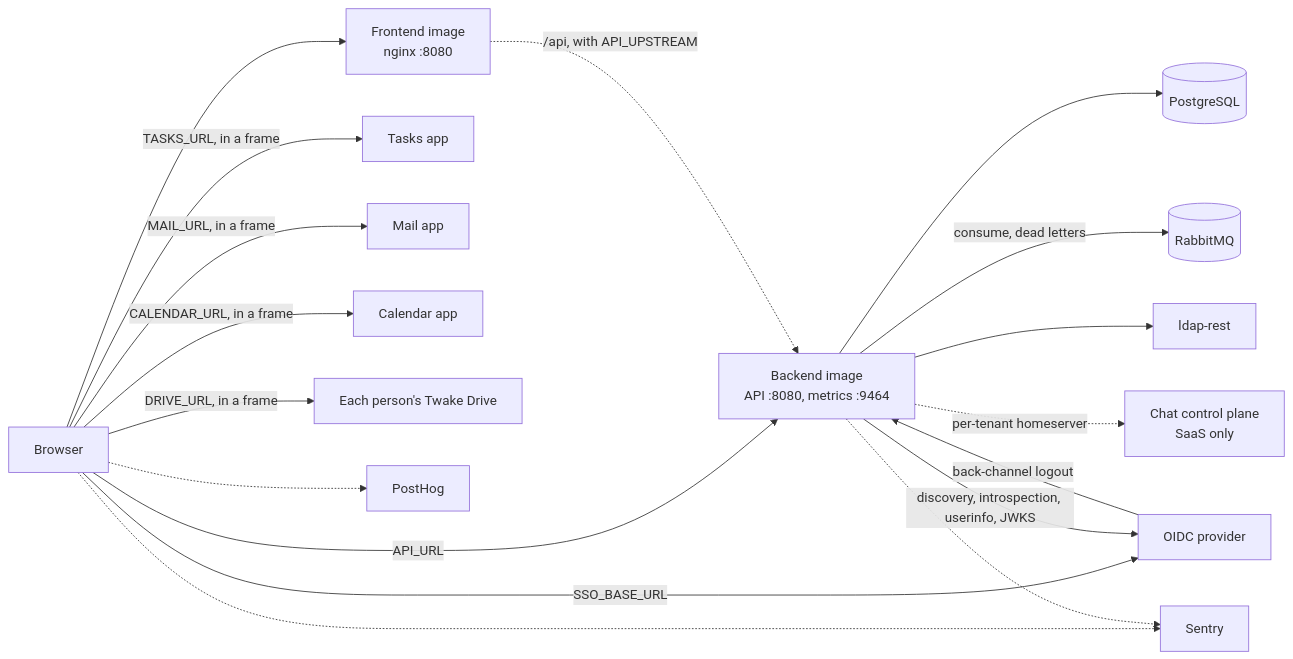
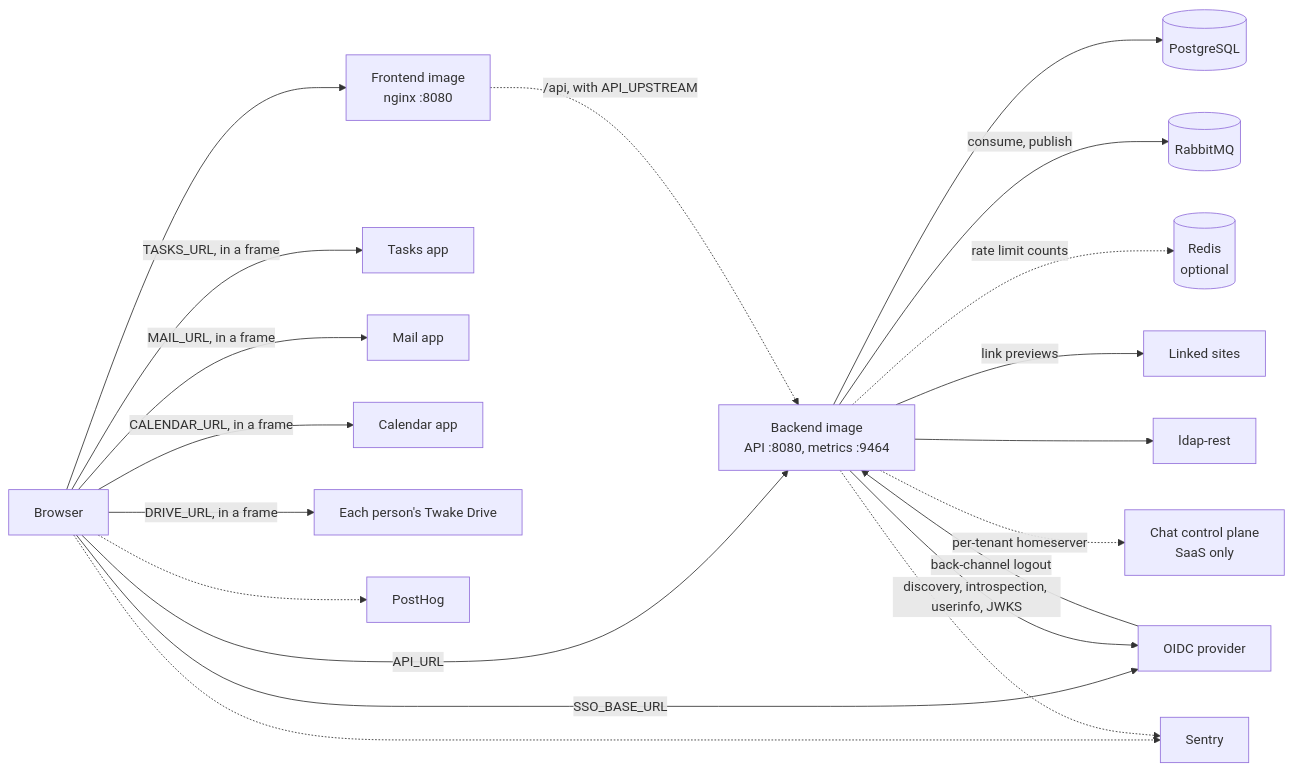
The diagram in docs/deploy.md (linagora/twake-space), drawn with Mermaid before and after one commit. The commit also changed other lines of this file and 6 other files, not shown here.

````diff
--- a/docs/deploy.md
+++ b/docs/deploy.md
@@ -10,35 +10,39 @@
 ```mermaid
 flowchart LR
   browser[Browser]
   fe[Frontend image<br/>nginx :8080]
   be[Backend image<br/>API :8080, metrics :9464]
   pg[(PostgreSQL)]
   rabbitmq[(RabbitMQ)]
+  redis[(Redis<br/>optional)]
+  sites[Linked sites]
   ldap[ldap-rest]
   oidc[OIDC provider]
   cp[Chat control plane<br/>SaaS only]
   tasks[Tasks app]
   mail[Mail app]
   calendar[Calendar app]
   drive[Each person's Twake Drive]
   sentry[Sentry]
   posthog[PostHog]
 
   browser --> fe
   browser -->|API_URL| be
   fe -.->|/api, with API_UPSTREAM| be
   browser -->|SSO_BASE_URL| oidc
   browser -->|TASKS_URL, in a frame| tasks
   browser -->|MAIL_URL, in a frame| mail
   browser -->|CALENDAR_URL, in a frame| calendar
   browser -->|DRIVE_URL, in a frame| drive
   browser -.-> sentry
   browser -.-> posthog
   be --> pg
-  be -->|consume, dead letters| rabbitmq
+  be -->|consume, publish| rabbitmq
+  be -.->|rate limit counts| redis
+  be -->|link previews| sites
   be --> ldap
   be -->|discovery, introspection, userinfo, JWKS| oidc
   oidc -->|back-channel logout| be
   be -.->|per-tenant homeserver| cp
   be -.-> sentry
 ```
````
